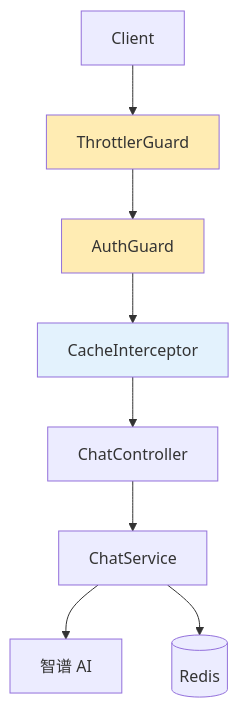
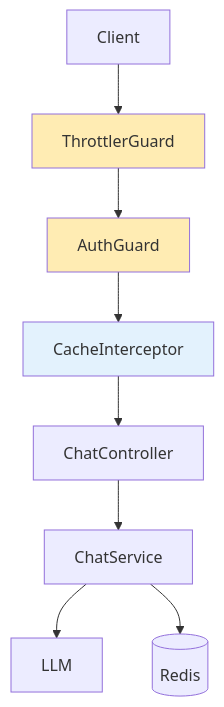
Before and after one commit to exposir/ai-evolution-kit: the fifth of 6 diagrams in packages/05-server-core/README.md, drawn with Mermaid. The commit also changed other lines of this file and 9 other files, not shown here.

````diff
--- a/packages/05-server-core/README.md
+++ b/packages/05-server-core/README.md
@@ -156,14 +156,14 @@
 ```mermaid
 flowchart TB
     REQ[Client] --> THR[ThrottlerGuard]
     THR --> AUTH[AuthGuard]
     AUTH --> CACHE[CacheInterceptor]
     CACHE --> CTRL[ChatController]
     CTRL --> SVC[ChatService]
-    SVC --> AI[智谱 AI]
+    SVC --> AI[LLM]
     SVC --> REDIS[(Redis)]
 
     style THR fill:#ffecb3
     style AUTH fill:#ffecb3
     style CACHE fill:#e3f2fd
 ```
````
